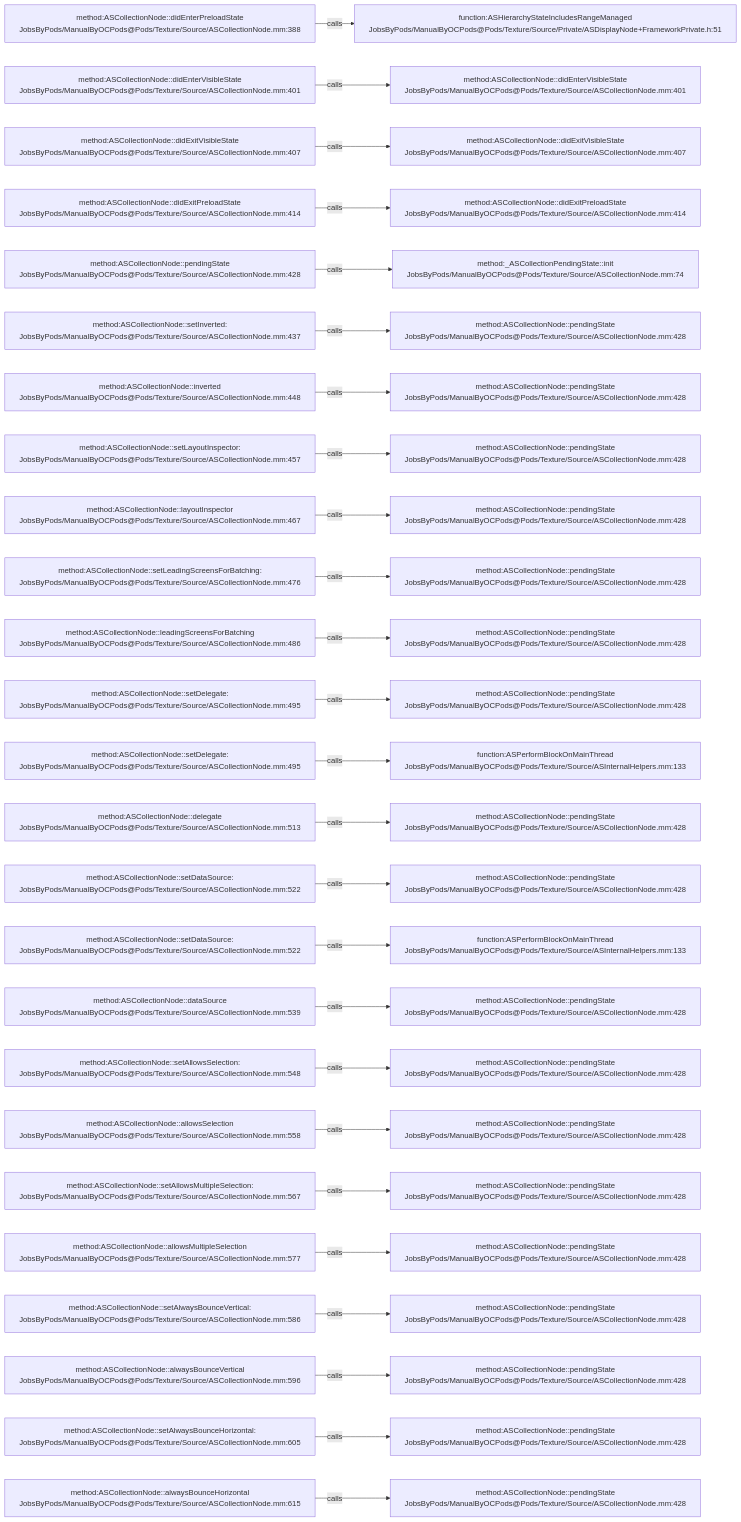
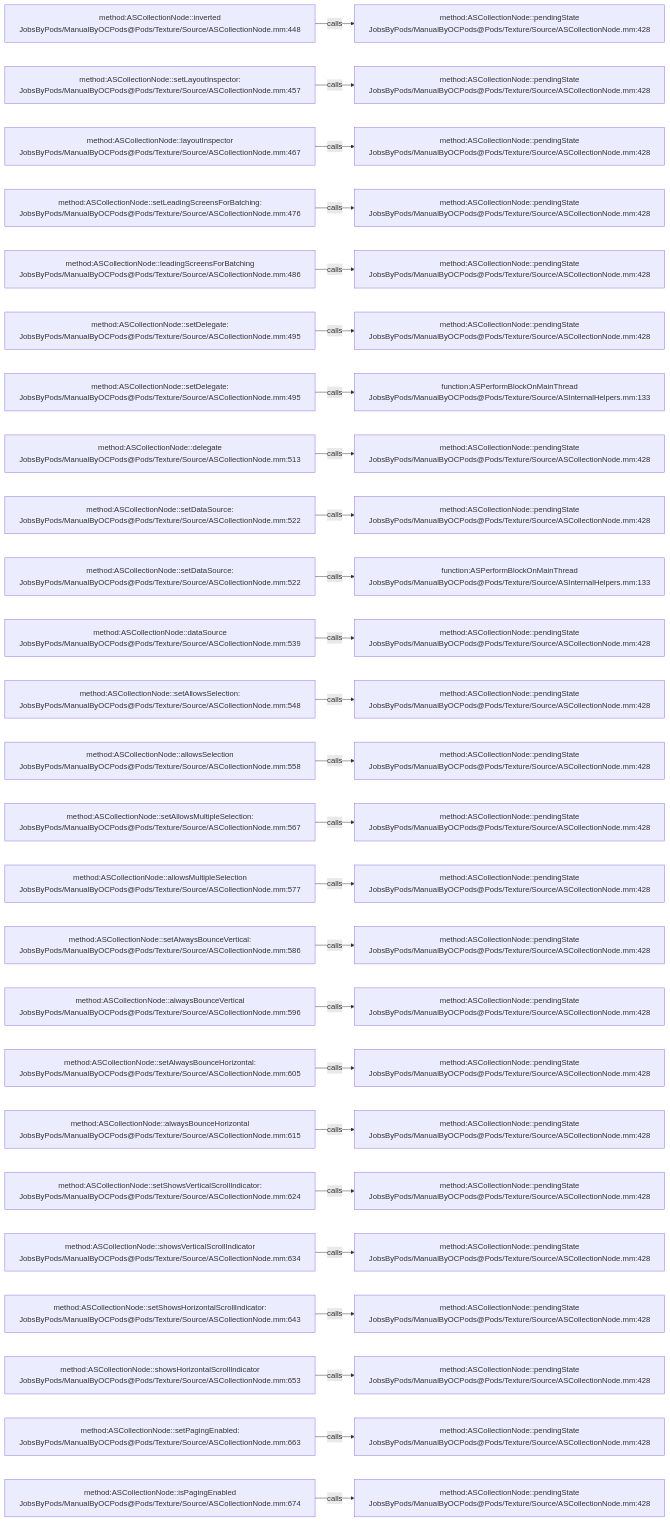
Before and after one commit to JobsKits/JobsOCBaseConfigDemo: the diagram in .codegraph/codegraph.md/graphs/calls-069.md, drawn with Mermaid. The commit also changed 666 other files, not shown here.

````diff
--- a/.codegraph/codegraph.md/graphs/calls-069.md
+++ b/.codegraph/codegraph.md/graphs/calls-069.md
@@ -13,78 +13,78 @@
 ```mermaid
 flowchart LR
-  S1["method:ASCollectionNode::didEnterPreloadState<br/>JobsByPods/ManualByOCPods@Pods/Texture/Source/ASCollectionNode.mm:388"]
-  T1["function:ASHierarchyStateIncludesRangeManaged<br/>JobsByPods/ManualByOCPods@Pods/Texture/Source/Private/ASDisplayNode+FrameworkPrivate.h:51"]
+  S1["method:ASCollectionNode::inverted<br/>JobsByPods/ManualByOCPods@Pods/Texture/Source/ASCollectionNode.mm:448"]
+  T1["method:ASCollectionNode::pendingState<br/>JobsByPods/ManualByOCPods@Pods/Texture/Source/ASCollectionNode.mm:428"]
   S1 -->|calls| T1
-  S2["method:ASCollectionNode::didEnterVisibleState<br/>JobsByPods/ManualByOCPods@Pods/Texture/Source/ASCollectionNode.mm:401"]
-  T2["method:ASCollectionNode::didEnterVisibleState<br/>JobsByPods/ManualByOCPods@Pods/Texture/Source/ASCollectionNode.mm:401"]
+  S2["method:ASCollectionNode::setLayoutInspector:<br/>JobsByPods/ManualByOCPods@Pods/Texture/Source/ASCollectionNode.mm:457"]
+  T2["method:ASCollectionNode::pendingState<br/>JobsByPods/ManualByOCPods@Pods/Texture/Source/ASCollectionNode.mm:428"]
   S2 -->|calls| T2
-  S3["method:ASCollectionNode::didExitVisibleState<br/>JobsByPods/ManualByOCPods@Pods/Texture/Source/ASCollectionNode.mm:407"]
-  T3["method:ASCollectionNode::didExitVisibleState<br/>JobsByPods/ManualByOCPods@Pods/Texture/Source/ASCollectionNode.mm:407"]
+  S3["method:ASCollectionNode::layoutInspector<br/>JobsByPods/ManualByOCPods@Pods/Texture/Source/ASCollectionNode.mm:467"]
+  T3["method:ASCollectionNode::pendingState<br/>JobsByPods/ManualByOCPods@Pods/Texture/Source/ASCollectionNode.mm:428"]
   S3 -->|calls| T3
-  S4["method:ASCollectionNode::didExitPreloadState<br/>JobsByPods/ManualByOCPods@Pods/Texture/Source/ASCollectionNode.mm:414"]
-  T4["method:ASCollectionNode::didExitPreloadState<br/>JobsByPods/ManualByOCPods@Pods/Texture/Source/ASCollectionNode.mm:414"]
+  S4["method:ASCollectionNode::setLeadingScreensForBatching:<br/>JobsByPods/ManualByOCPods@Pods/Texture/Source/ASCollectionNode.mm:476"]
+  T4["method:ASCollectionNode::pendingState<br/>JobsByPods/ManualByOCPods@Pods/Texture/Source/ASCollectionNode.mm:428"]
   S4 -->|calls| T4
-  S5["method:ASCollectionNode::pendingState<br/>JobsByPods/ManualByOCPods@Pods/Texture/Source/ASCollectionNode.mm:428"]
-  T5["method:_ASCollectionPendingState::init<br/>JobsByPods/ManualByOCPods@Pods/Texture/Source/ASCollectionNode.mm:74"]
+  S5["method:ASCollectionNode::leadingScreensForBatching<br/>JobsByPods/ManualByOCPods@Pods/Texture/Source/ASCollectionNode.mm:486"]
+  T5["method:ASCollectionNode::pendingState<br/>JobsByPods/ManualByOCPods@Pods/Texture/Source/ASCollectionNode.mm:428"]
   S5 -->|calls| T5
-  S6["method:ASCollectionNode::setInverted:<br/>JobsByPods/ManualByOCPods@Pods/Texture/Source/ASCollectionNode.mm:437"]
+  S6["method:ASCollectionNode::setDelegate:<br/>JobsByPods/ManualByOCPods@Pods/Texture/Source/ASCollectionNode.mm:495"]
   T6["method:ASCollectionNode::pendingState<br/>JobsByPods/ManualByOCPods@Pods/Texture/Source/ASCollectionNode.mm:428"]
   S6 -->|calls| T6
-  S7["method:ASCollectionNode::inverted<br/>JobsByPods/ManualByOCPods@Pods/Texture/Source/ASCollectionNode.mm:448"]
-  T7["method:ASCollectionNode::pendingState<br/>JobsByPods/ManualByOCPods@Pods/Texture/Source/ASCollectionNode.mm:428"]
+  S7["method:ASCollectionNode::setDelegate:<br/>JobsByPods/ManualByOCPods@Pods/Texture/Source/ASCollectionNode.mm:495"]
+  T7["function:ASPerformBlockOnMainThread<br/>JobsByPods/ManualByOCPods@Pods/Texture/Source/ASInternalHelpers.mm:133"]
   S7 -->|calls| T7
-  S8["method:ASCollectionNode::setLayoutInspector:<br/>JobsByPods/ManualByOCPods@Pods/Texture/Source/ASCollectionNode.mm:457"]
+  S8["method:ASCollectionNode::delegate<br/>JobsByPods/ManualByOCPods@Pods/Texture/Source/ASCollectionNode.mm:513"]
   T8["method:ASCollectionNode::pendingState<br/>JobsByPods/ManualByOCPods@Pods/Texture/Source/ASCollectionNode.mm:428"]
   S8 -->|calls| T8
-  S9["method:ASCollectionNode::layoutInspector<br/>JobsByPods/ManualByOCPods@Pods/Texture/Source/ASCollectionNode.mm:467"]
+  S9["method:ASCollectionNode::setDataSource:<br/>JobsByPods/ManualByOCPods@Pods/Texture/Source/ASCollectionNode.mm:522"]
   T9["method:ASCollectionNode::pendingState<br/>JobsByPods/ManualByOCPods@Pods/Texture/Source/ASCollectionNode.mm:428"]
   S9 -->|calls| T9
-  S10["method:ASCollectionNode::setLeadingScreensForBatching:<br/>JobsByPods/ManualByOCPods@Pods/Texture/Source/ASCollectionNode.mm:476"]
-  T10["method:ASCollectionNode::pendingState<br/>JobsByPods/ManualByOCPods@Pods/Texture/Source/ASCollectionNode.mm:428"]
+  S10["method:ASCollectionNode::setDataSource:<br/>JobsByPods/ManualByOCPods@Pods/Texture/Source/ASCollectionNode.mm:522"]
+  T10["function:ASPerformBlockOnMainThread<br/>JobsByPods/ManualByOCPods@Pods/Texture/Source/ASInternalHelpers.mm:133"]
   S10 -->|calls| T10
-  S11["method:ASCollectionNode::leadingScreensForBatching<br/>JobsByPods/ManualByOCPods@Pods/Texture/Source/ASCollectionNode.mm:486"]
+  S11["method:ASCollectionNode::dataSource<br/>JobsByPods/ManualByOCPods@Pods/Texture/Source/ASCollectionNode.mm:539"]
   T11["method:ASCollectionNode::pendingState<br/>JobsByPods/ManualByOCPods@Pods/Texture/Source/ASCollectionNode.mm:428"]
   S11 -->|calls| T11
-  S12["method:ASCollectionNode::setDelegate:<br/>JobsByPods/ManualByOCPods@Pods/Texture/Source/ASCollectionNode.mm:495"]
+  S12["method:ASCollectionNode::setAllowsSelection:<br/>JobsByPods/ManualByOCPods@Pods/Texture/Source/ASCollectionNode.mm:548"]
   T12["method:ASCollectionNode::pendingState<br/>JobsByPods/ManualByOCPods@Pods/Texture/Source/ASCollectionNode.mm:428"]
   S12 -->|calls| T12
-  S13["method:ASCollectionNode::setDelegate:<br/>JobsByPods/ManualByOCPods@Pods/Texture/Source/ASCollectionNode.mm:495"]
-  T13["function:ASPerformBlockOnMainThread<br/>JobsByPods/ManualByOCPods@Pods/Texture/Source/ASInternalHelpers.mm:133"]
+  S13["method:ASCollectionNode::allowsSelection<br/>JobsByPods/ManualByOCPods@Pods/Texture/Source/ASCollectionNode.mm:558"]
+  T13["method:ASCollectionNode::pendingState<br/>JobsByPods/ManualByOCPods@Pods/Texture/Source/ASCollectionNode.mm:428"]
   S13 -->|calls| T13
-  S14["method:ASCollectionNode::delegate<br/>JobsByPods/ManualByOCPods@Pods/Texture/Source/ASCollectionNode.mm:513"]
+  S14["method:ASCollectionNode::setAllowsMultipleSelection:<br/>JobsByPods/ManualByOCPods@Pods/Texture/Source/ASCollectionNode.mm:567"]
   T14["method:ASCollectionNode::pendingState<br/>JobsByPods/ManualByOCPods@Pods/Texture/Source/ASCollectionNode.mm:428"]
   S14 -->|calls| T14
-  S15["method:ASCollectionNode::setDataSource:<br/>JobsByPods/ManualByOCPods@Pods/Texture/Source/ASCollectionNode.mm:522"]
+  S15["method:ASCollectionNode::allowsMultipleSelection<br/>JobsByPods/ManualByOCPods@Pods/Texture/Source/ASCollectionNode.mm:577"]
   T15["method:ASCollectionNode::pendingState<br/>JobsByPods/ManualByOCPods@Pods/Texture/Source/ASCollectionNode.mm:428"]
   S15 -->|calls| T15
-  S16["method:ASCollectionNode::setDataSource:<br/>JobsByPods/ManualByOCPods@Pods/Texture/Source/ASCollectionNode.mm:522"]
-  T16["function:ASPerformBlockOnMainThread<br/>JobsByPods/ManualByOCPods@Pods/Texture/Source/ASInternalHelpers.mm:133"]
+  S16["method:ASCollectionNode::setAlwaysBounceVertical:<br/>JobsByPods/ManualByOCPods@Pods/Texture/Source/ASCollectionNode.mm:586"]
+  T16["method:ASCollectionNode::pendingState<br/>JobsByPods/ManualByOCPods@Pods/Texture/Source/ASCollectionNode.mm:428"]
   S16 -->|calls| T16
-  S17["method:ASCollectionNode::dataSource<br/>JobsByPods/ManualByOCPods@Pods/Texture/Source/ASCollectionNode.mm:539"]
+  S17["method:ASCollectionNode::alwaysBounceVertical<br/>JobsByPods/ManualByOCPods@Pods/Texture/Source/ASCollectionNode.mm:596"]
   T17["method:ASCollectionNode::pendingState<br/>JobsByPods/ManualByOCPods@Pods/Texture/Source/ASCollectionNode.mm:428"]
   S17 -->|calls| T17
-  S18["method:ASCollectionNode::setAllowsSelection:<br/>JobsByPods/ManualByOCPods@Pods/Texture/Source/ASCollectionNode.mm:548"]
+  S18["method:ASCollectionNode::setAlwaysBounceHorizontal:<br/>JobsByPods/ManualByOCPods@Pods/Texture/Source/ASCollectionNode.mm:605"]
   T18["method:ASCollectionNode::pendingState<br/>JobsByPods/ManualByOCPods@Pods/Texture/Source/ASCollectionNode.mm:428"]
   S18 -->|calls| T18
-  S19["method:ASCollectionNode::allowsSelection<br/>JobsByPods/ManualByOCPods@Pods/Texture/Source/ASCollectionNode.mm:558"]
+  S19["method:ASCollectionNode::alwaysBounceHorizontal<br/>JobsByPods/ManualByOCPods@Pods/Texture/Source/ASCollectionNode.mm:615"]
   T19["method:ASCollectionNode::pendingState<br/>JobsByPods/ManualByOCPods@Pods/Texture/Source/ASCollectionNode.mm:428"]
   S19 -->|calls| T19
-  S20["method:ASCollectionNode::setAllowsMultipleSelection:<br/>JobsByPods/ManualByOCPods@Pods/Texture/Source/ASCollectionNode.mm:567"]
+  S20["method:ASCollectionNode::setShowsVerticalScrollIndicator:<br/>JobsByPods/ManualByOCPods@Pods/Texture/Source/ASCollectionNode.mm:624"]
   T20["method:ASCollectionNode::pendingState<br/>JobsByPods/ManualByOCPods@Pods/Texture/Source/ASCollectionNode.mm:428"]
   S20 -->|calls| T20
-  S21["method:ASCollectionNode::allowsMultipleSelection<br/>JobsByPods/ManualByOCPods@Pods/Texture/Source/ASCollectionNode.mm:577"]
+  S21["method:ASCollectionNode::showsVerticalScrollIndicator<br/>JobsByPods/ManualByOCPods@Pods/Texture/Source/ASCollectionNode.mm:634"]
   T21["method:ASCollectionNode::pendingState<br/>JobsByPods/ManualByOCPods@Pods/Texture/Source/ASCollectionNode.mm:428"]
   S21 -->|calls| T21
-  S22["method:ASCollectionNode::setAlwaysBounceVertical:<br/>JobsByPods/ManualByOCPods@Pods/Texture/Source/ASCollectionNode.mm:586"]
+  S22["method:ASCollectionNode::setShowsHorizontalScrollIndicator:<br/>JobsByPods/ManualByOCPods@Pods/Texture/Source/ASCollectionNode.mm:643"]
   T22["method:ASCollectionNode::pendingState<br/>JobsByPods/ManualByOCPods@Pods/Texture/Source/ASCollectionNode.mm:428"]
   S22 -->|calls| T22
-  S23["method:ASCollectionNode::alwaysBounceVertical<br/>JobsByPods/ManualByOCPods@Pods/Texture/Source/ASCollectionNode.mm:596"]
+  S23["method:ASCollectionNode::showsHorizontalScrollIndicator<br/>JobsByPods/ManualByOCPods@Pods/Texture/Source/ASCollectionNode.mm:653"]
   T23["method:ASCollectionNode::pendingState<br/>JobsByPods/ManualByOCPods@Pods/Texture/Source/ASCollectionNode.mm:428"]
   S23 -->|calls| T23
-  S24["method:ASCollectionNode::setAlwaysBounceHorizontal:<br/>JobsByPods/ManualByOCPods@Pods/Texture/Source/ASCollectionNode.mm:605"]
+  S24["method:ASCollectionNode::setPagingEnabled:<br/>JobsByPods/ManualByOCPods@Pods/Texture/Source/ASCollectionNode.mm:663"]
   T24["method:ASCollectionNode::pendingState<br/>JobsByPods/ManualByOCPods@Pods/Texture/Source/ASCollectionNode.mm:428"]
   S24 -->|calls| T24
-  S25["method:ASCollectionNode::alwaysBounceHorizontal<br/>JobsByPods/ManualByOCPods@Pods/Texture/Source/ASCollectionNode.mm:615"]
+  S25["method:ASCollectionNode::isPagingEnabled<br/>JobsByPods/ManualByOCPods@Pods/Texture/Source/ASCollectionNode.mm:674"]
   T25["method:ASCollectionNode::pendingState<br/>JobsByPods/ManualByOCPods@Pods/Texture/Source/ASCollectionNode.mm:428"]
   S25 -->|calls| T25
 ```
````
